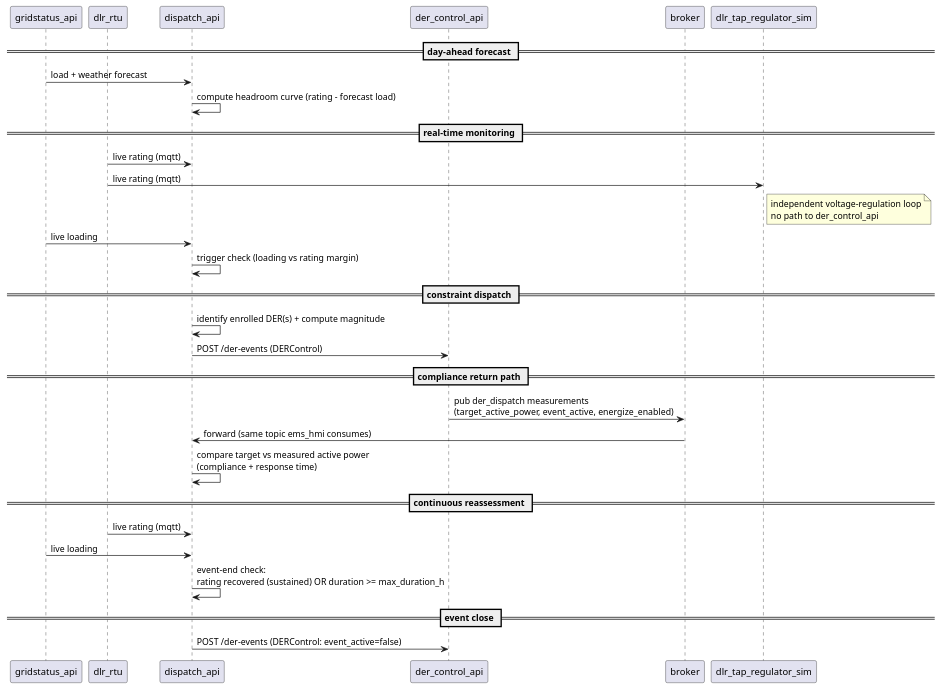
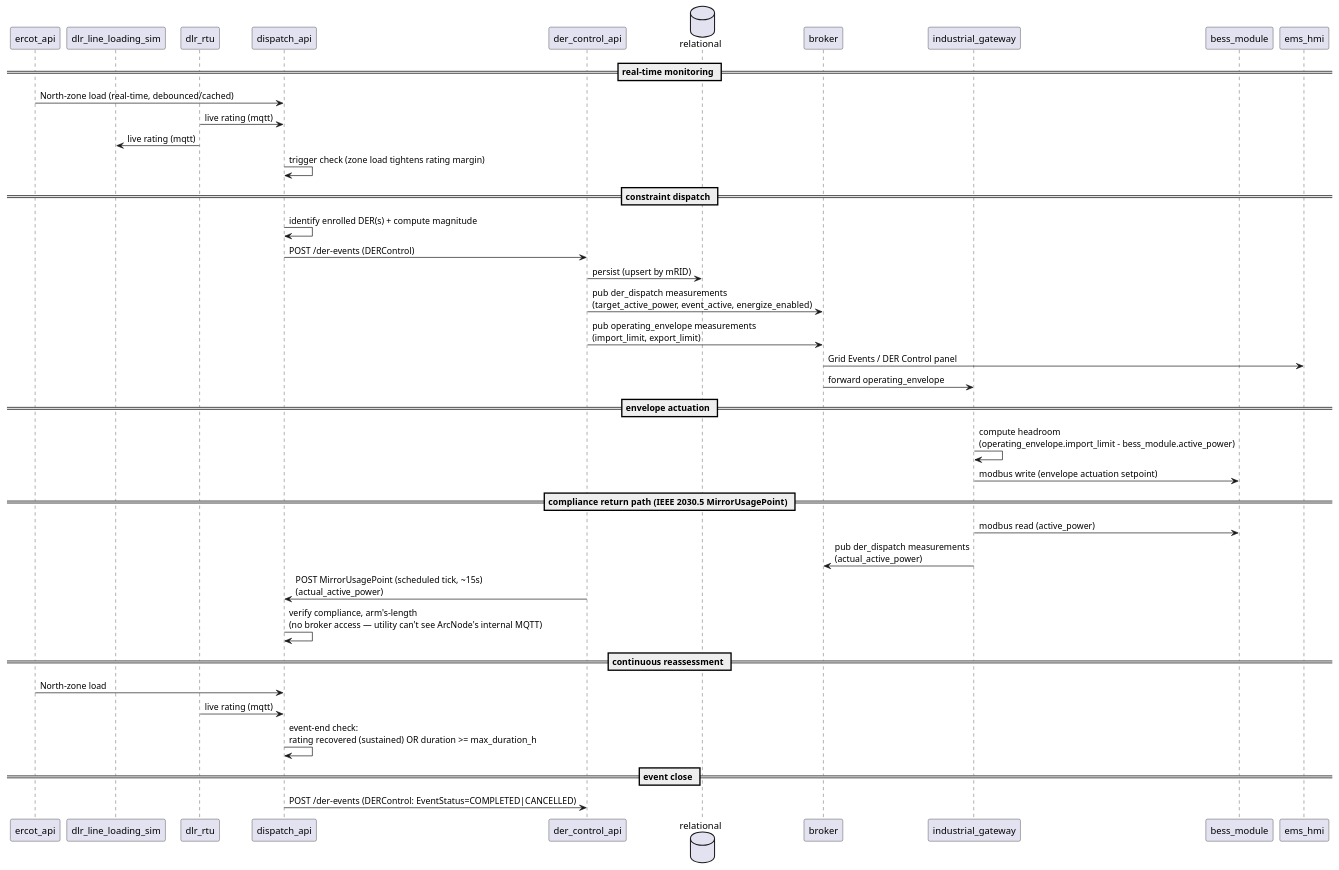
The third of 7 diagrams in readme.md (arcnode-io/ems), drawn with PlantUML before and after one commit. The commit also changed other lines of this file and 1 other file, not shown here.

Commit message:
📝 docs: dlr-tap-regulator-sim renamed to dlr-line-loading-sim
readme.md also picks up pre-existing uncommitted content (DER Event
Auto diagram restructuring) that predated this edit -- not authored in
this session, left as-is rather than reverted.

Claude-Session: https://claude.ai/code/session_01G9oodV6qNjghBfbi7qXfrt

````diff
--- a/readme.md
+++ b/readme.md
@@ -128,36 +128,45 @@
 ```plantuml
-participant gridstatus_api
+participant ercot_api
+participant dlr_line_loading_sim
 participant dlr_rtu
 participant dispatch_api
 participant der_control_api
+database relational
 participant broker
-participant dlr_tap_regulator_sim
-
-== day-ahead forecast ==
-gridstatus_api -> dispatch_api: load + weather forecast
-dispatch_api -> dispatch_api: compute headroom curve (rating - forecast load)
+participant industrial_gateway
+participant bess_module
+participant ems_hmi
 
 == real-time monitoring ==
+ercot_api -> dispatch_api: North-zone load (real-time, debounced/cached)
 dlr_rtu -> dispatch_api: live rating (mqtt)
-dlr_rtu -> dlr_tap_regulator_sim: live rating (mqtt)
-note right of dlr_tap_regulator_sim: independent voltage-regulation loop\nno path to der_control_api
-gridstatus_api -> dispatch_api: live loading
-dispatch_api -> dispatch_api: trigger check (loading vs rating margin)
+dlr_rtu -> dlr_line_loading_sim: live rating (mqtt)
+dispatch_api -> dispatch_api: trigger check (zone load tightens rating margin)
 
 == constraint dispatch ==
 dispatch_api -> dispatch_api: identify enrolled DER(s) + compute magnitude
 dispatch_api -> der_control_api: POST /der-events (DERControl)
+der_control_api -> relational: persist (upsert by mRID)
+der_control_api -> broker: pub der_dispatch measurements\n(target_active_power, event_active, energize_enabled)
+der_control_api -> broker: pub operating_envelope measurements\n(import_limit, export_limit)
+broker -> ems_hmi: Grid Events / DER Control panel
+broker -> industrial_gateway: forward operating_envelope
 
-== compliance return path ==
-der_control_api -> broker: pub der_dispatch measurements\n(target_active_power, event_active, energize_enabled)
-broker -> dispatch_api: forward (same topic ems_hmi consumes)
-dispatch_api -> dispatch_api: compare target vs measured active power\n(compliance + response time)
+== envelope actuation ==
+industrial_gateway -> industrial_gateway: compute headroom\n(operating_envelope.import_limit - bess_module.active_power)
+industrial_gateway -> bess_module: modbus write (envelope actuation setpoint)
+
+== compliance return path (IEEE 2030.5 MirrorUsagePoint) ==
+industrial_gateway -> bess_module: modbus read (active_power)
+industrial_gateway -> broker: pub der_dispatch measurements\n(actual_active_power)
+der_control_api -> dispatch_api: POST MirrorUsagePoint (scheduled tick, ~15s)\n(actual_active_power)
+dispatch_api -> dispatch_api: verify compliance, arm's-length\n(no broker access — utility can't see ArcNode's internal MQTT)
 
 == continuous reassessment ==
+ercot_api -> dispatch_api: North-zone load
 dlr_rtu -> dispatch_api: live rating (mqtt)
-gridstatus_api -> dispatch_api: live loading
 dispatch_api -> dispatch_api: event-end check:\nrating recovered (sustained) OR duration >= max_duration_h
 
 == event close ==
-dispatch_api -> der_control_api: POST /der-events (DERControl: event_active=false)
+dispatch_api -> der_control_api: POST /der-events (DERControl: EventStatus=COMPLETED|CANCELLED)
 ```
````
